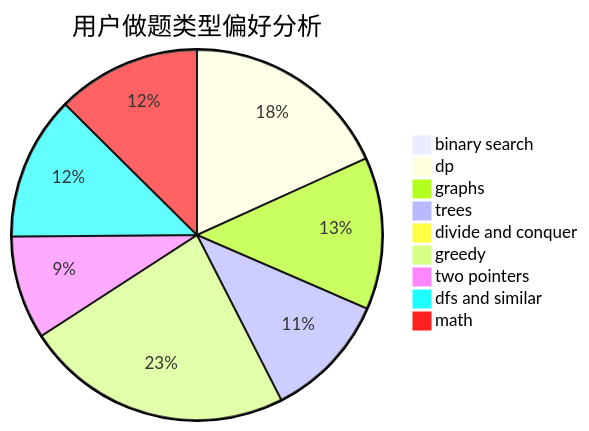
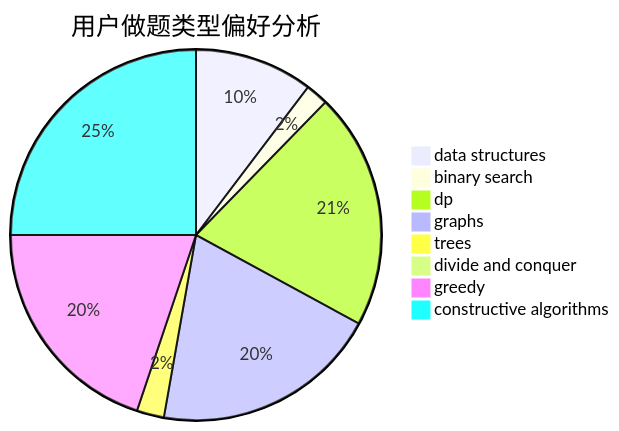
The second of 3 diagrams in docs/user/u2707.md (sherpahu/cfrs.github.io), drawn with Mermaid before and after one commit. The commit also changed other lines of this file and 2775 other files, not shown here.

````diff
--- a/docs/user/u2707.md
+++ b/docs/user/u2707.md
@@ -23,12 +23,11 @@
 ```mermaid
 pie title 用户做题类型偏好分析
+    "data structures" :  26
     "binary search" :  5
-    "dp" :  103
-    "graphs" :  75
-    "trees" :  62
-    "divide and conquer" :  3
-    "greedy" :  132
-    "two pointers" :  51
-    "dfs and similar" :  71
-    "math" :  71
+    "dp" :  52
+    "graphs" :  50
+    "trees" :  6
+    "divide and conquer" :  0
+    "greedy" :  50
+    "constructive algorithms" :  63
 ```
````
